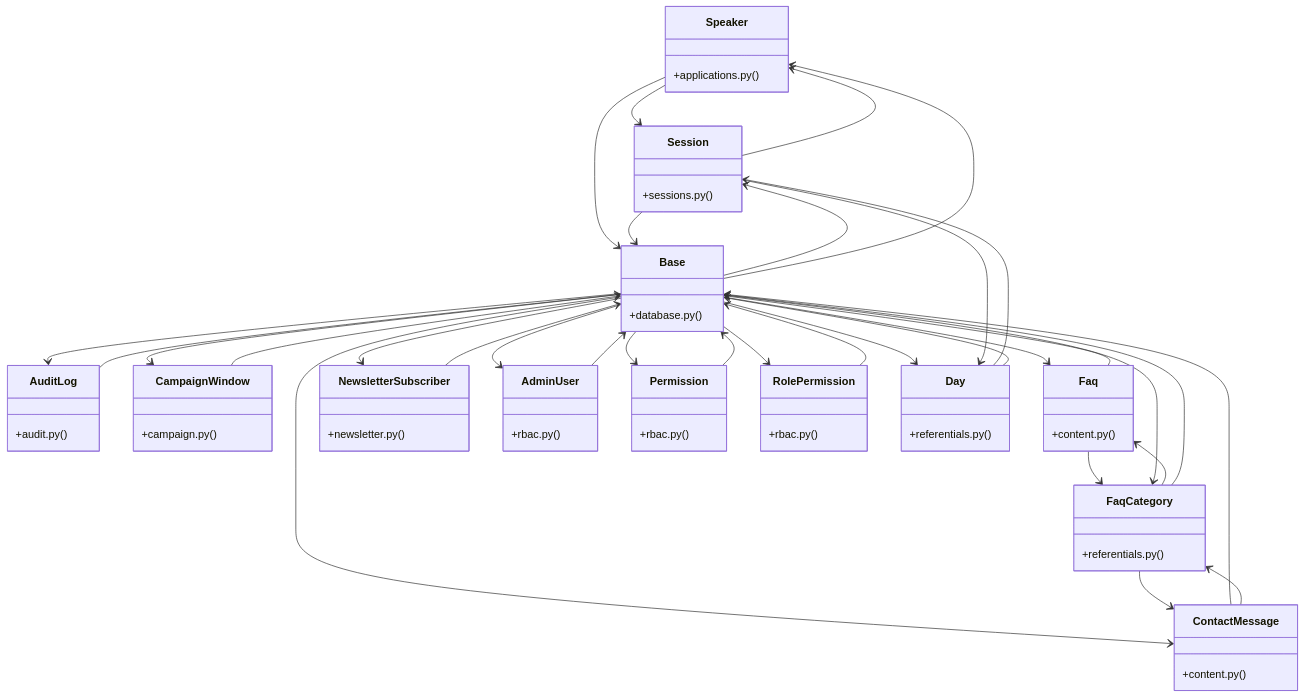
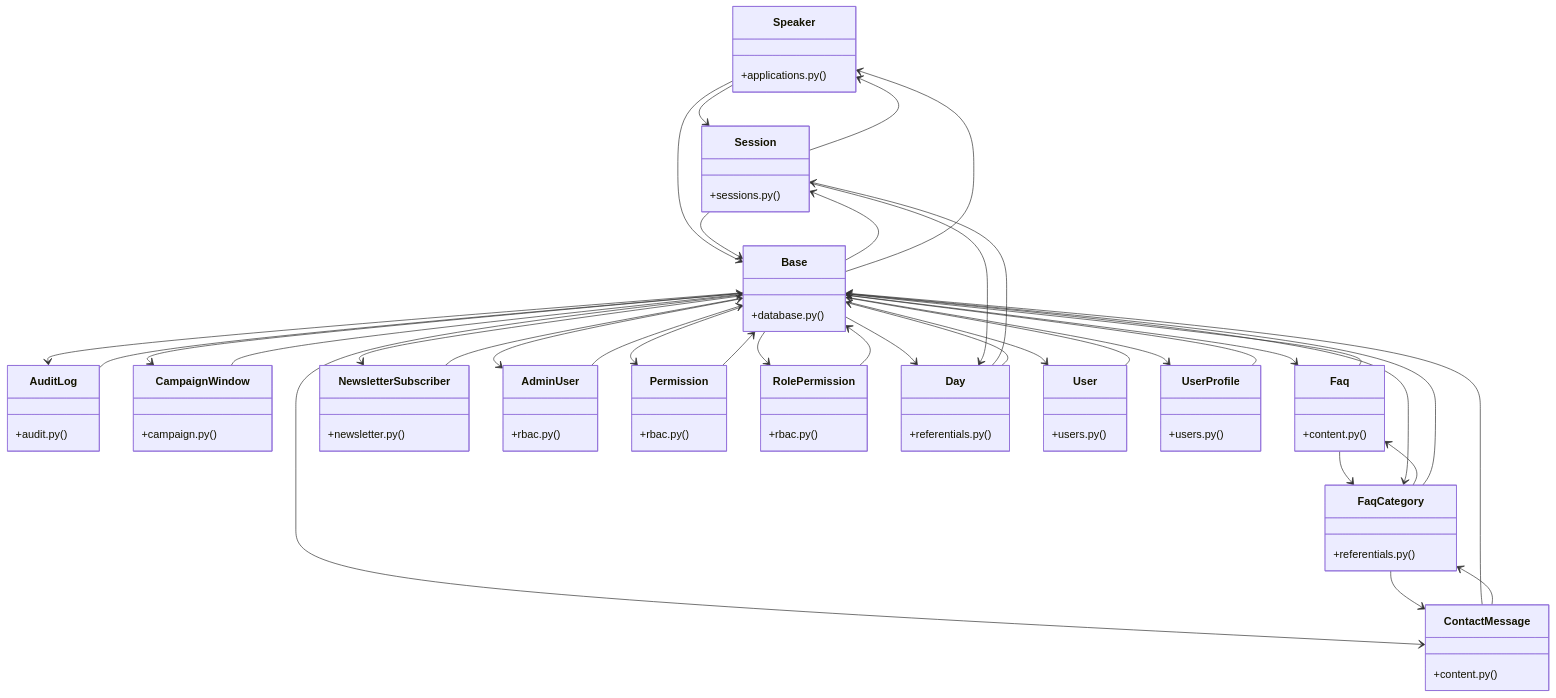
The diagram in graphify-out/wiki/[BaseModel_&_ValueError]_Cluster.md (adjanayo/synca_conf_back), drawn with Mermaid before and after one commit. The commit also changed other lines of this file and 27 other files, not shown here.

Commit message:
chore: update graphify knowledge graph

````diff
--- a/graphify-out/wiki/[BaseModel_&_ValueError]_Cluster.md
+++ b/graphify-out/wiki/[BaseModel_&_ValueError]_Cluster.md
@@ -74,6 +74,12 @@
     class Session {
         +sessions.py()
     }
+    class User {
+        +users.py()
+    }
+    class UserProfile {
+        +users.py()
+    }
     Speaker --> Session
     Speaker --> Base
     AuditLog --> Base
@@ -84,6 +90,8 @@
     Faq --> FaqCategory
     Base --> Session
     Base --> AuditLog
+    Base --> User
+    Base --> UserProfile
     Base --> Speaker
     Base --> Permission
     Base --> RolePermission
@@ -106,4 +114,6 @@
     Session --> Base
     Session --> Speaker
     Session --> Day
+    User --> Base
+    UserProfile --> Base
 ```
````
